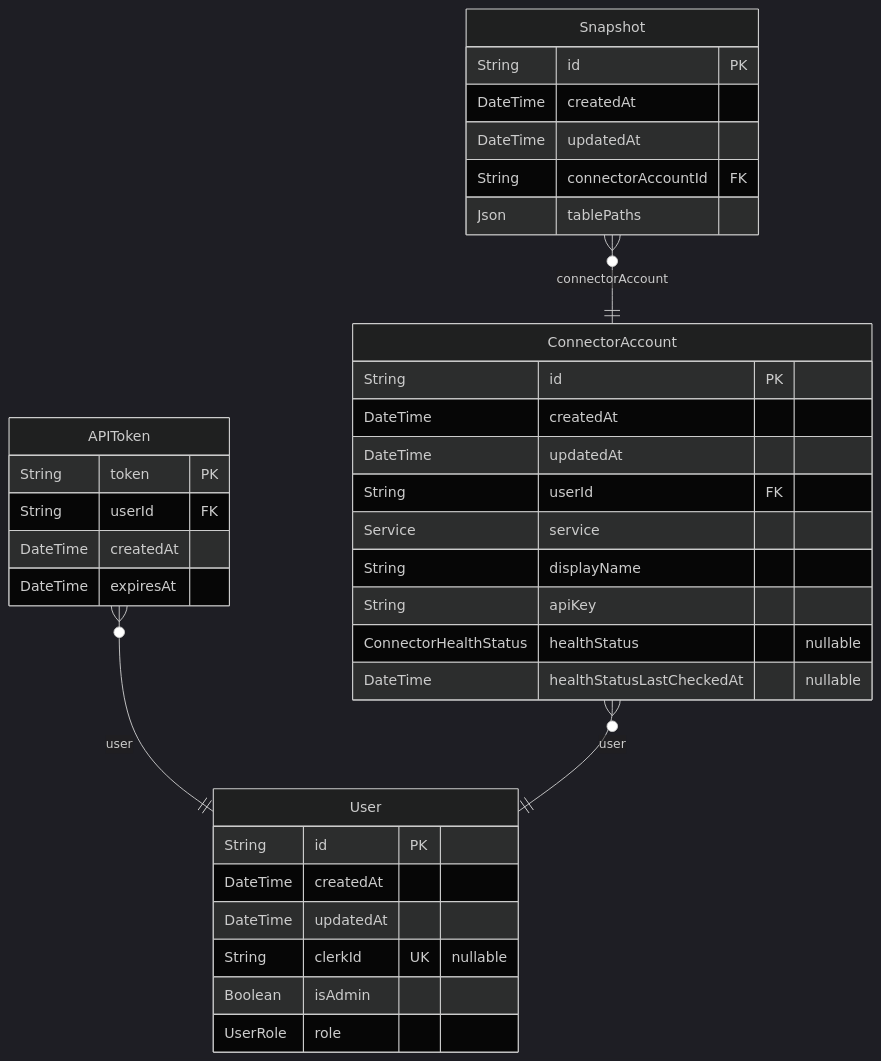
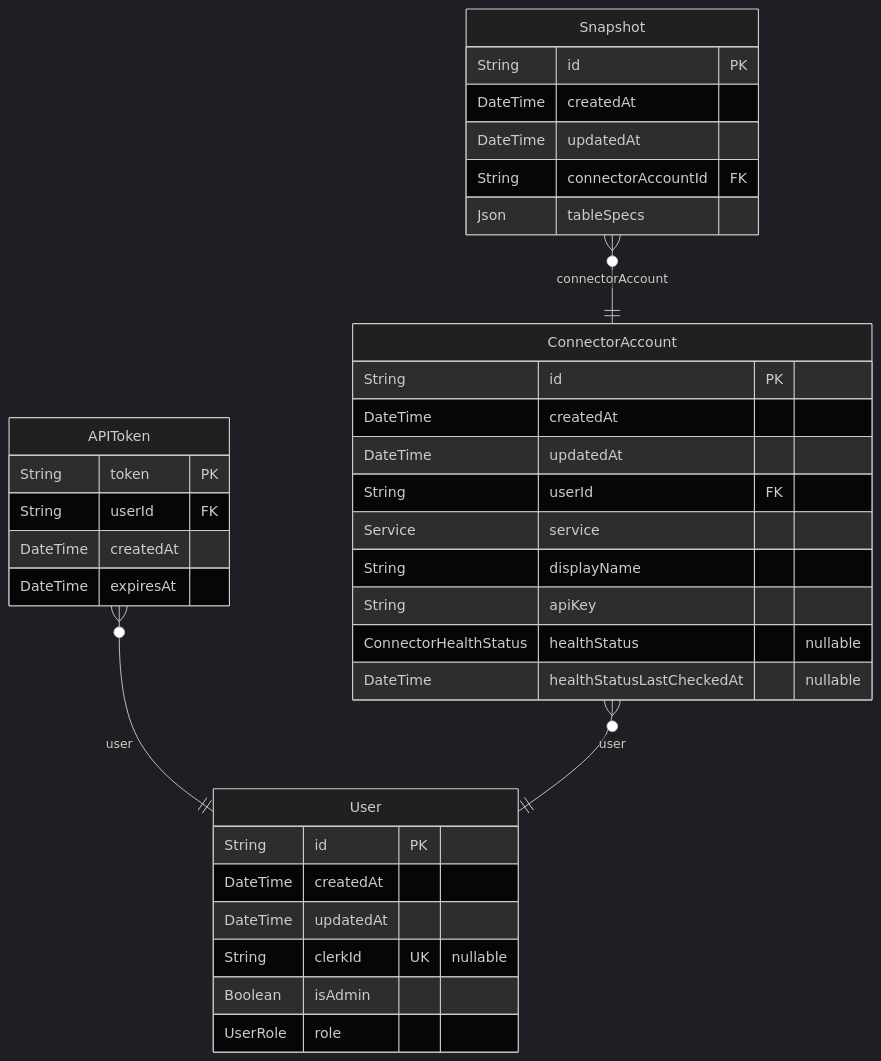
The diagram in server/prisma/ERD.md (whalesync/scratch-cli), drawn with Mermaid (dark theme) before and after one commit. The commit also changed other lines of this file and 25 other files, not shown here.

````diff
--- a/server/prisma/ERD.md
+++ b/server/prisma/ERD.md
@@ -9,38 +9,38 @@
 ```mermaid
 erDiagram
 "User" {
   String id PK
   DateTime createdAt
   DateTime updatedAt
   String clerkId UK "nullable"
   Boolean isAdmin
   UserRole role
 }
 "APIToken" {
   String token PK
   String userId FK
   DateTime createdAt
   DateTime expiresAt
 }
 "ConnectorAccount" {
   String id PK
   DateTime createdAt
   DateTime updatedAt
   String userId FK
   Service service
   String displayName
   String apiKey
   ConnectorHealthStatus healthStatus "nullable"
   DateTime healthStatusLastCheckedAt "nullable"
 }
 "Snapshot" {
   String id PK
   DateTime createdAt
   DateTime updatedAt
   String connectorAccountId FK
-  Json tablePaths
+  Json tableSpecs
 }
 "APIToken" }o--|| "User" : user
 "ConnectorAccount" }o--|| "User" : user
 "Snapshot" }o--|| "ConnectorAccount" : connectorAccount
 ```
````
